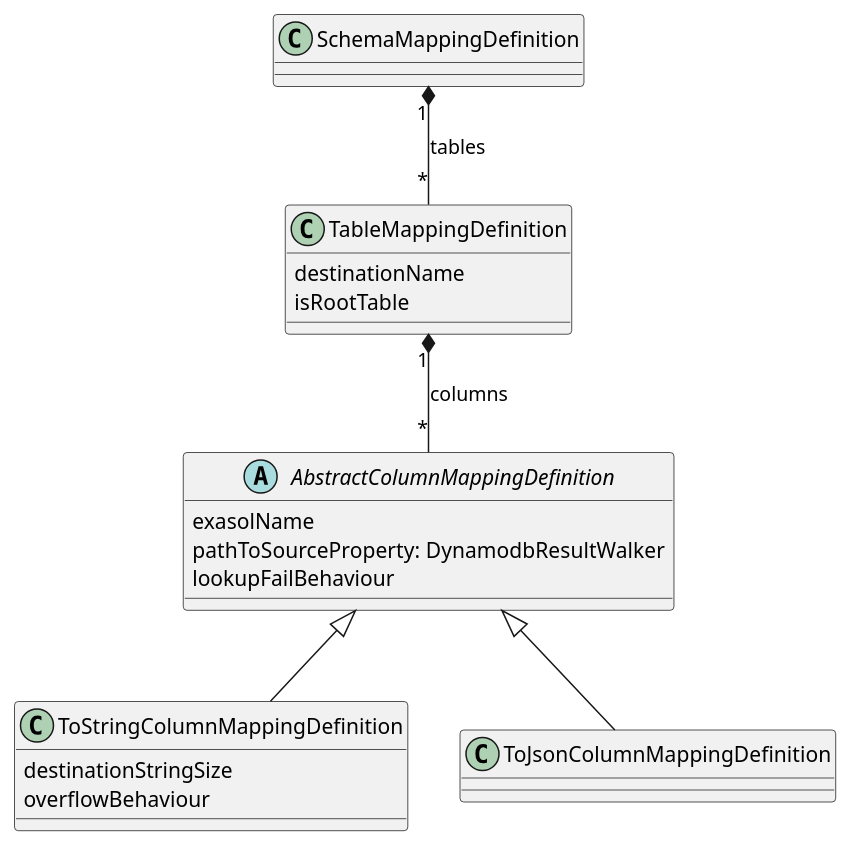
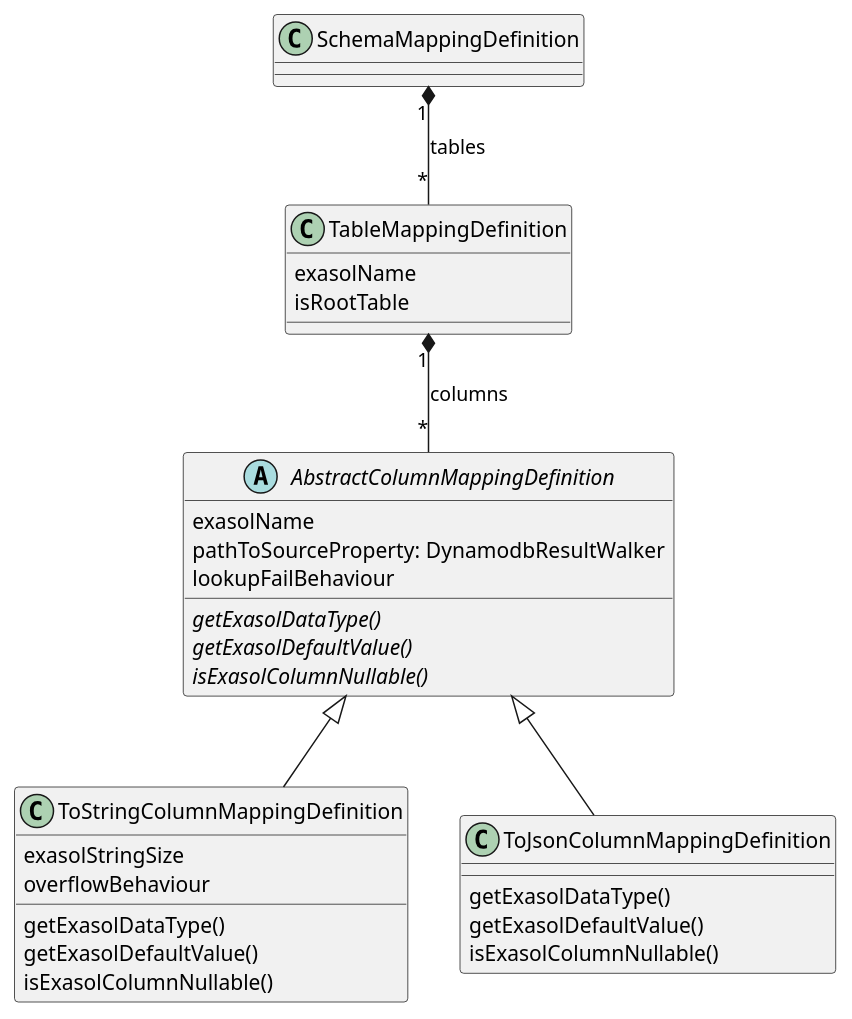
Before and after one commit to exasol/dynamodb-virtual-schema: the diagram in doc/diagrams/mappingDefinition.puml, drawn with PlantUML. The commit also changed 10 other files, not shown here.

Commit message:
updated diagrams + small refactoring

```diff
--- a/doc/diagrams/mappingDefinition.puml
+++ b/doc/diagrams/mappingDefinition.puml
@@ -1,31 +1,39 @@
 @startuml
 class SchemaMappingDefinition{
 
 }
 
 class TableMappingDefinition {
-destinationName
+exasolName
 isRootTable
 }
 
 abstract class AbstractColumnMappingDefinition {
 exasolName
 pathToSourceProperty: DynamodbResultWalker
 lookupFailBehaviour
+{abstract} getExasolDataType()
+{abstract} getExasolDefaultValue()
+{abstract} isExasolColumnNullable()
 }
 
 class ToStringColumnMappingDefinition {
-destinationStringSize
+exasolStringSize
 overflowBehaviour
+getExasolDataType()
+getExasolDefaultValue()
+isExasolColumnNullable()
 }
 
 class ToJsonColumnMappingDefinition {
-
+getExasolDataType()
+getExasolDefaultValue()
+isExasolColumnNullable()
 }
 
 
 SchemaMappingDefinition "1" *-- "*" TableMappingDefinition: tables
 TableMappingDefinition "1" *-- "*" AbstractColumnMappingDefinition: columns
 AbstractColumnMappingDefinition <|-- ToStringColumnMappingDefinition
 AbstractColumnMappingDefinition <|-- ToJsonColumnMappingDefinition
 @enduml 
```
